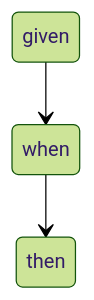
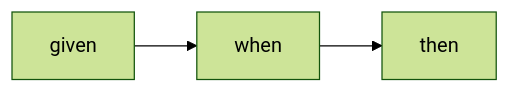
One commit to harpyd/thestis changed the second of 4 diagrams in README.md. Above: the diagram before and after it, drawn with Mermaid (forest theme).

Commit message:
Replace state diagram with flowchart (#57)

````diff
--- a/README.md
+++ b/README.md
@@ -110,5 +110,5 @@
 ```mermaid
-stateDiagram-v2
+flowchart LR
     given --> when
     when --> then
 ```
````
